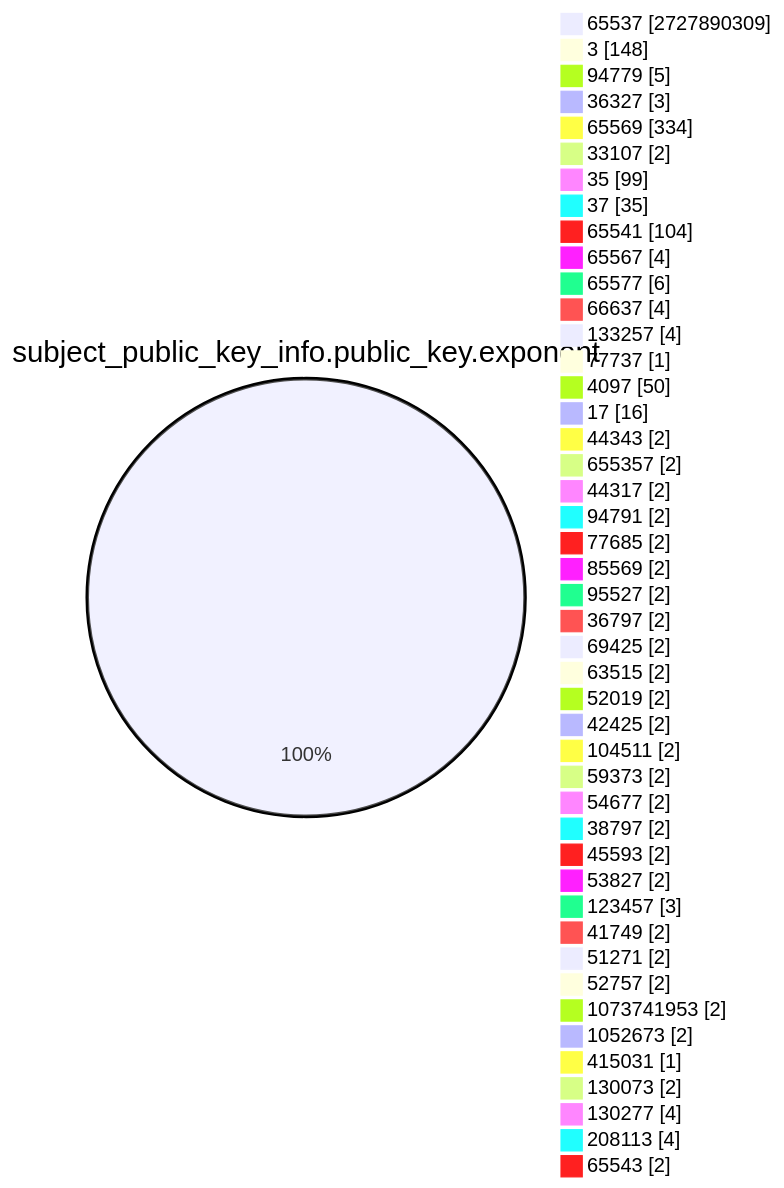
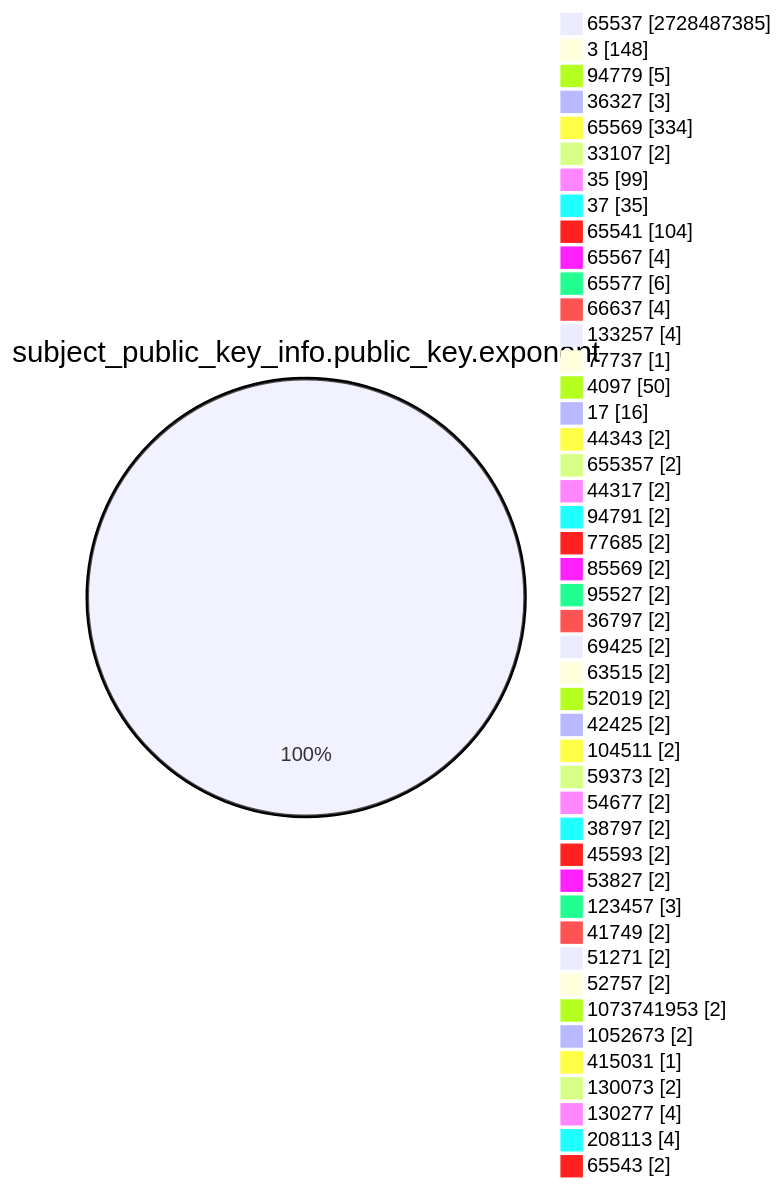
The fourth of 15 diagrams in TOTAL/README.md (christiankrug/ctmonitor_visualization), drawn with Mermaid before and after one commit. The commit also changed other lines of this file, not shown here.

````diff
--- a/TOTAL/README.md
+++ b/TOTAL/README.md
@@ -1467,49 +1467,49 @@
 ```mermaid
 pie showData
 title subject_public_key_info.public_key.exponent
-"65537" :2727890309
+"65537" :2728487385
 "3" :148
 "94779" :5
 "36327" :3
 "65569" :334
 "33107" :2
 "35" :99
 "37" :35
 "65541" :104
 "65567" :4
 "65577" :6
 "66637" :4
 "133257" :4
 "77737" :1
 "4097" :50
 "17" :16
 "44343" :2
 "655357" :2
 "44317" :2
 "94791" :2
 "77685" :2
 "85569" :2
 "95527" :2
 "36797" :2
 "69425" :2
 "63515" :2
 "52019" :2
 "42425" :2
 "104511" :2
 "59373" :2
 "54677" :2
 "38797" :2
 "45593" :2
 "53827" :2
 "123457" :3
 "41749" :2
 "51271" :2
 "52757" :2
 "1073741953" :2
 "1052673" :2
 "415031" :1
 "130073" :2
 "130277" :4
 "208113" :4
 "65543" :2
 ```
````
